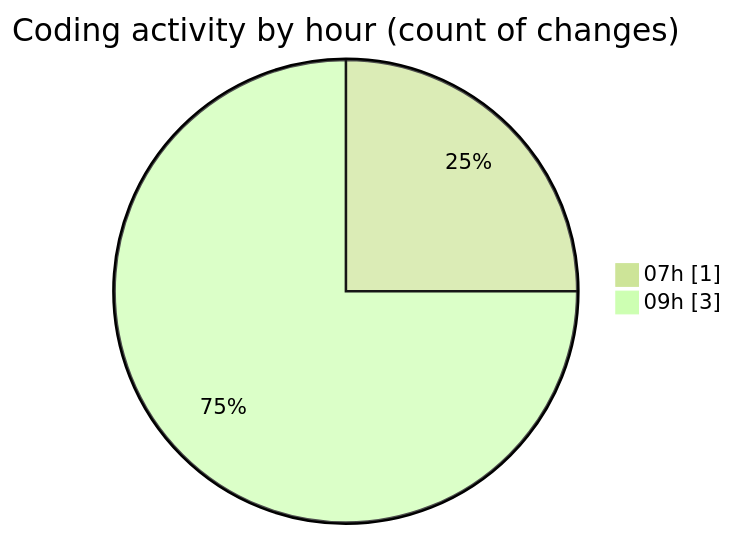
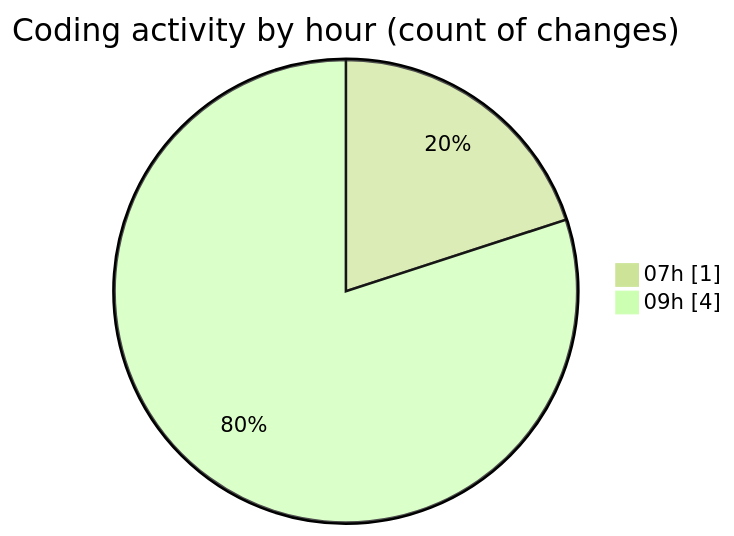
The second of 2 diagrams in 2025-11-04/oficina/README.md (LanceThiago/code-tracking), drawn with Mermaid (forest theme) before and after one commit. The commit also changed other lines of this file and 1 other file, not shown here.

````diff
--- a/2025-11-04/oficina/README.md
+++ b/2025-11-04/oficina/README.md
@@ -30,6 +31,6 @@
 ```mermaid
 pie showData
 title Coding activity by hour (count of changes)
 "07h" : 1
-"09h" : 3
+"09h" : 4
 ```
````
